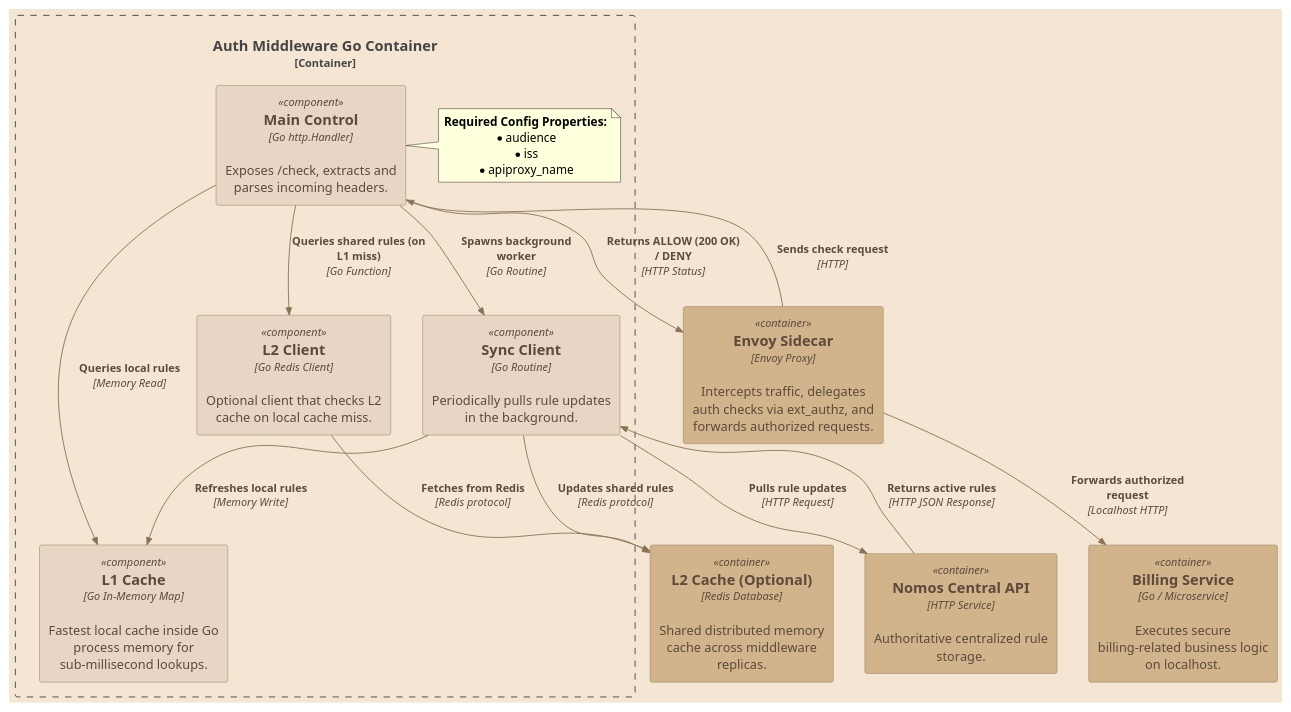
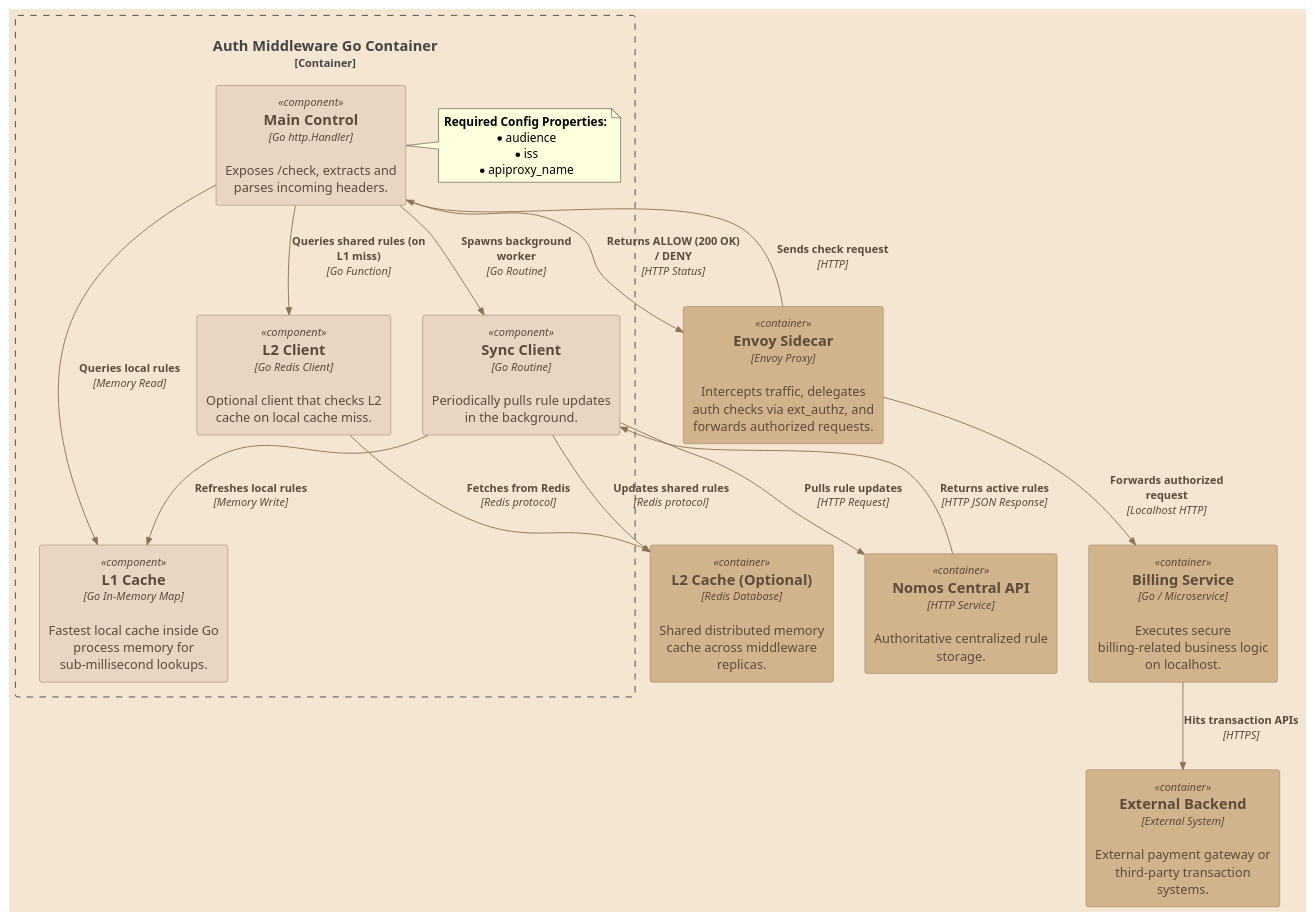
The diagram in public/blog/2026-08-08-auth-ext-middleware/c3-component.puml (kiquetal/kiquetal.github.io), drawn with PlantUML before and after one commit.

Commit message:
feat: update C4 diagrams to include external backend interactions and transaction API relationships

```diff
--- a/public/blog/2026-08-08-auth-ext-middleware/c3-component.puml
+++ b/public/blog/2026-08-08-auth-ext-middleware/c3-component.puml
@@ -1,44 +1,46 @@
 @startuml
 !include <C4/C4_Component>
 
 skinparam backgroundcolor #F5E6D3
 skinparam DefaultFontName "Courier New"
 
 UpdateElementStyle("person", $bgColor="#5C4A3A", $fontColor="#F5E6D3", $borderColor="#8B7355")
 UpdateElementStyle("container", $bgColor="#D2B48C", $fontColor="#5C4A3A", $borderColor="#8B7355")
 UpdateElementStyle("component", $bgColor="#E8D5C4", $fontColor="#5C4A3A", $borderColor="#8B7355")
 UpdateRelStyle($lineColor="#8B7355", $textColor="#5C4A3A")
 
 Container(sidecar, "Envoy Sidecar", "Envoy Proxy", "Intercepts traffic, delegates auth checks via ext_authz, and forwards authorized requests.")
 Container(backend, "Billing Service", "Go / Microservice", "Executes secure billing-related business logic on localhost.")
+Container(ext_backend, "External Backend", "External System", "External payment gateway or third-party transaction systems.")
 
 Container_Boundary(middleware, "Auth Middleware Go Container") {
     Component(router, "Main Control", "Go http.Handler", "Exposes /check, extracts and parses incoming headers.")
     Component(l1, "L1 Cache", "Go In-Memory Map", "Fastest local cache inside Go process memory for sub-millisecond lookups.")
     Component(l2_client, "L2 Client", "Go Redis Client", "Optional client that checks L2 cache on local cache miss.")
     Component(sync, "Sync Client", "Go Routine", "Periodically pulls rule updates in the background.")
     
     note right of router
       **Required Config Properties:**
       * audience
       * iss
       * apiproxy_name
     end note
 }
 
 Container(redis, "L2 Cache (Optional)", "Redis Database", "Shared distributed memory cache across middleware replicas.")
 Container(nomos_api, "Nomos Central API", "HTTP Service", "Authoritative centralized rule storage.")
 
 Rel(sidecar, router, "Sends check request", "HTTP")
 Rel(router, l1, "Queries local rules", "Memory Read")
 Rel(router, l2_client, "Queries shared rules (on L1 miss)", "Go Function")
 Rel(l2_client, redis, "Fetches from Redis", "Redis protocol")
 Rel(sync, nomos_api, "Pulls rule updates", "HTTP Request")
 Rel(nomos_api, sync, "Returns active rules", "HTTP JSON Response")
 Rel(sync, l1, "Refreshes local rules", "Memory Write")
 Rel(sync, redis, "Updates shared rules", "Redis protocol")
 Rel(router, sidecar, "Returns ALLOW (200 OK) / DENY", "HTTP Status")
 Rel(sidecar, backend, "Forwards authorized request", "Localhost HTTP")
 Rel(router, sync, "Spawns background worker", "Go Routine")
+Rel(backend, ext_backend, "Hits transaction APIs", "HTTPS")
 
 @enduml
```
